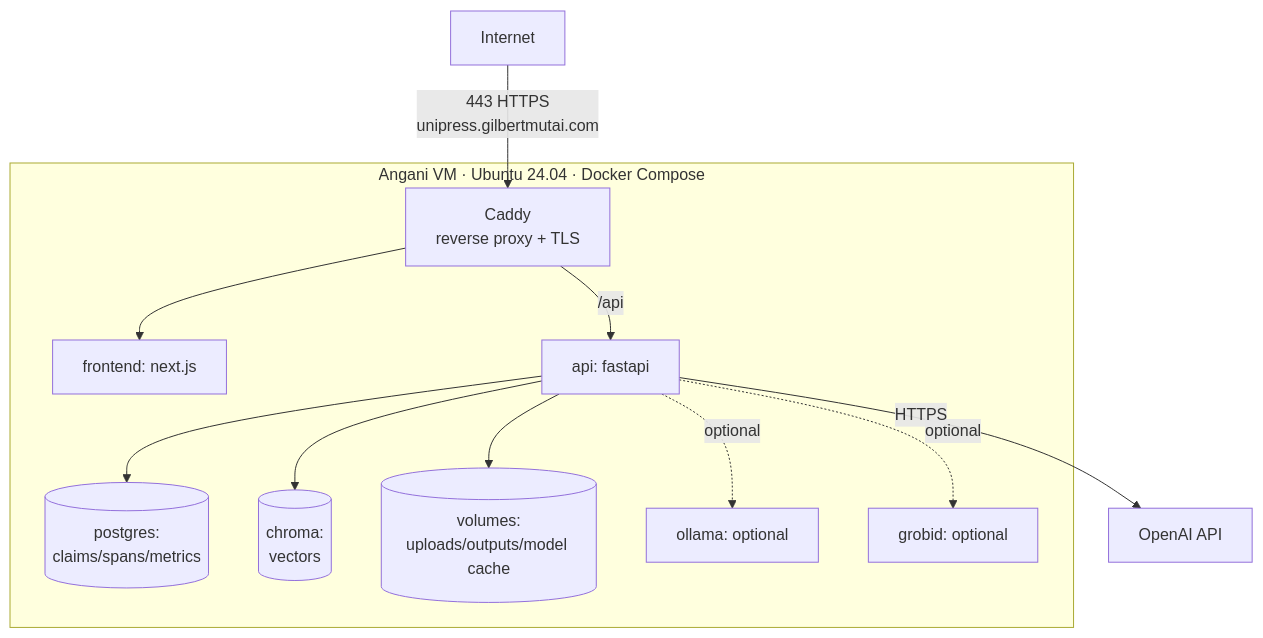
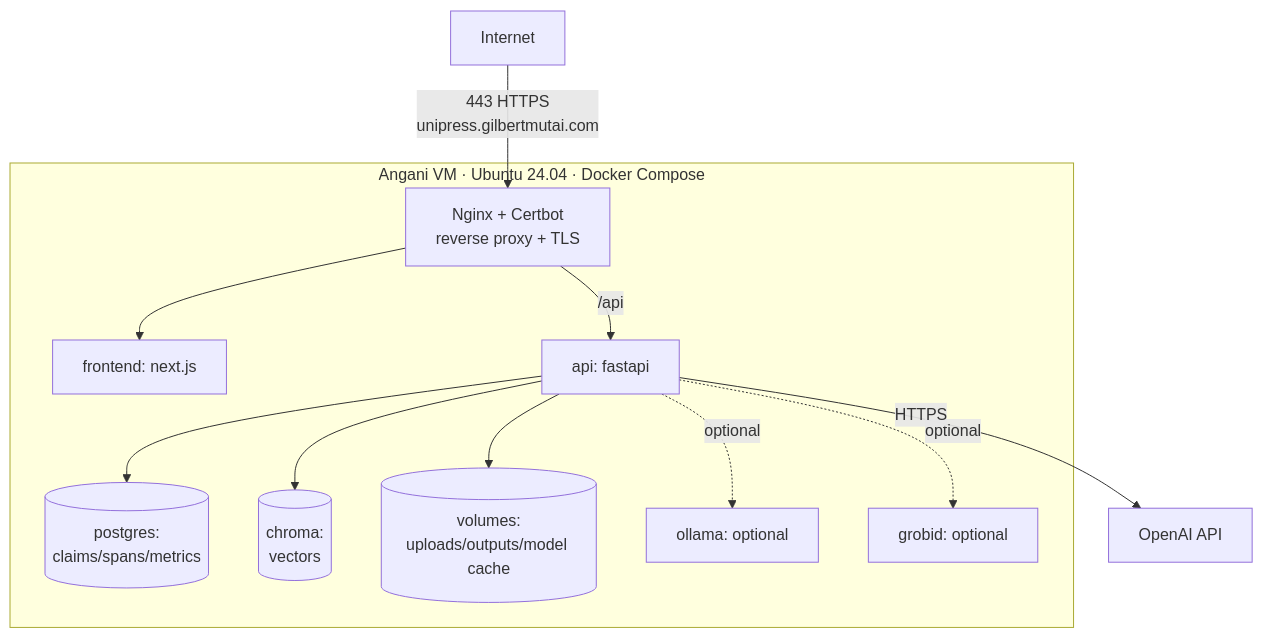
One commit to gilbert-mutai/unipress-de changed the fourth of 4 diagrams in docs/02-architecture.md. Above: the diagram before and after it, drawn with Mermaid. The commit also changed other lines of this file and 1 other file, not shown here.

Commit message:
Use Nginx + Certbot for TLS instead of Caddy
Switch the reverse-proxy/TLS choice to Nginx + Certbot (Let's Encrypt) to
match the builder's existing workflow. Update deployment sections and
diagrams in 07-tech-stack.md and 02-architecture.md; Caddy retained only
as a considered alternative.

````diff
--- a/docs/02-architecture.md
+++ b/docs/02-architecture.md
@@ -221,16 +221,16 @@
 ```mermaid
 flowchart TD
-    NET[Internet] -->|443 HTTPS<br/>unipress.gilbertmutai.com| CADDY[Caddy<br/>reverse proxy + TLS]
+    NET[Internet] -->|443 HTTPS<br/>unipress.gilbertmutai.com| NGINX[Nginx + Certbot<br/>reverse proxy + TLS]
     subgraph VM["Angani VM · Ubuntu 24.04 · Docker Compose"]
-        CADDY --> FEc[frontend: next.js]
-        CADDY -->|/api| APIc[api: fastapi]
+        NGINX --> FEc[frontend: next.js]
+        NGINX -->|/api| APIc[api: fastapi]
         APIc --> DBc[(postgres:<br/>claims/spans/metrics)]
         APIc --> CHc[(chroma:<br/>vectors)]
         APIc --> VOL[(volumes:<br/>uploads/outputs/model cache)]
         OLc[ollama: optional]
         GRc[grobid: optional]
         APIc -. optional .-> OLc
         APIc -. optional .-> GRc
     end
     APIc -->|HTTPS| EXT[OpenAI API]
 ```
````
